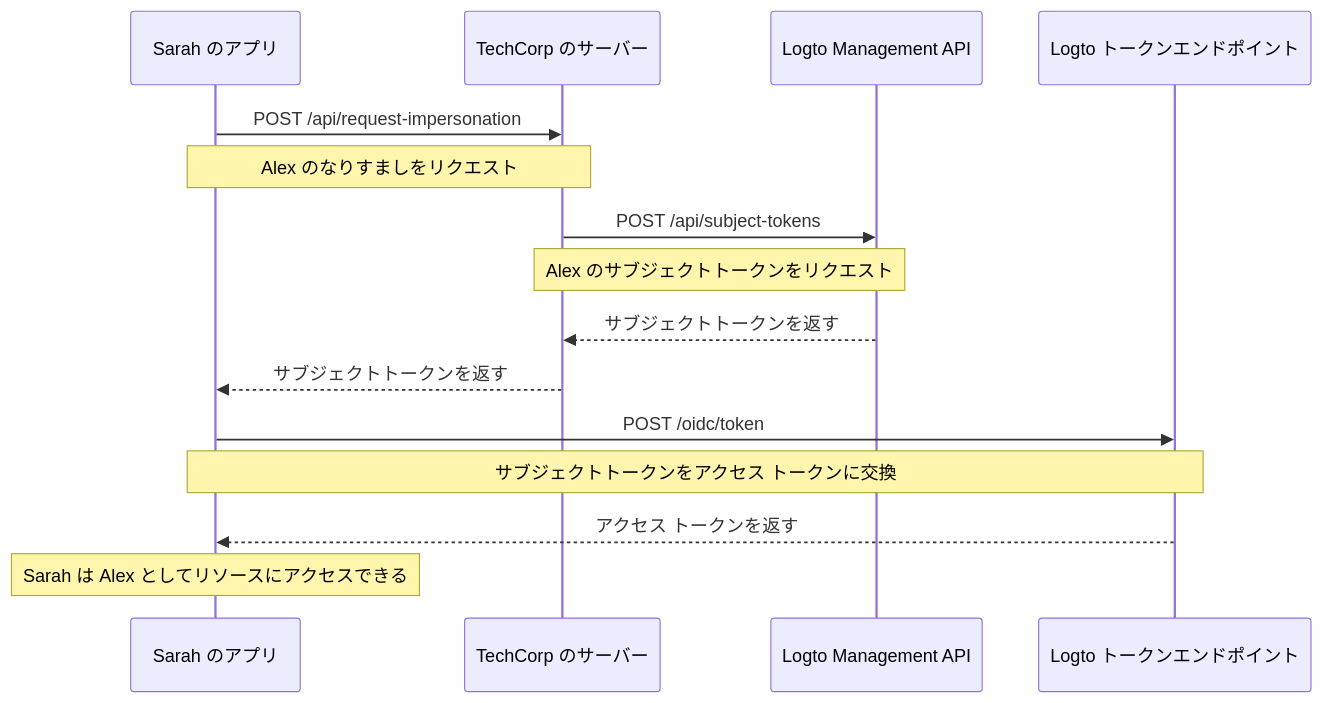
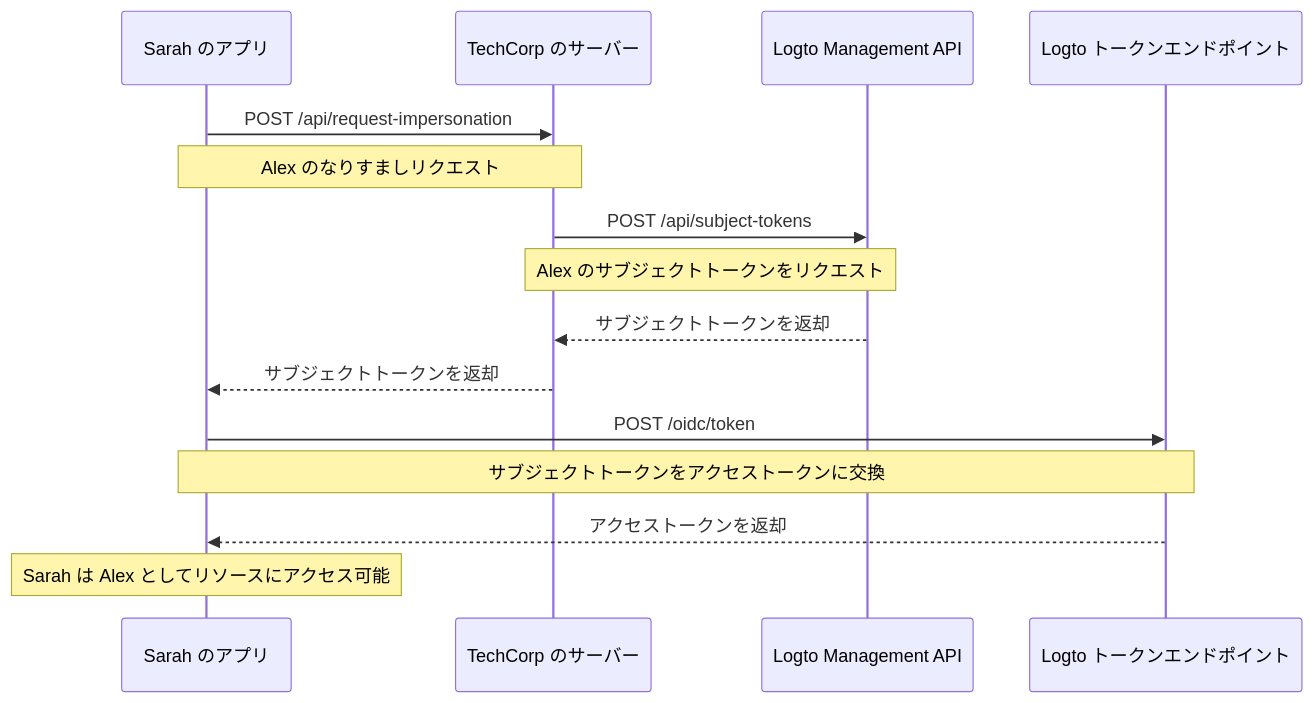
One commit to logto-io/docs changed the diagram in i18n/ja/docusaurus-plugin-content-docs/current/developers/user-impersonation.mdx. Above: the diagram before and after it, drawn with Mermaid. The commit also changed other lines of this file and 233 other files, not shown here.

````diff
--- a/i18n/ja/docusaurus-plugin-content-docs/current/developers/user-impersonation.mdx
+++ b/i18n/ja/docusaurus-plugin-content-docs/current/developers/user-impersonation.mdx
@@ -16,22 +16,22 @@
 ```mermaid
 sequenceDiagram
     participant Sarah as Sarah のアプリ
     participant TechCorp as TechCorp のサーバー
     participant Logto as Logto Management API
     participant LogtoToken as Logto トークンエンドポイント
 
     Sarah->>TechCorp: POST /api/request-impersonation
-    Note over Sarah,TechCorp: Alex のなりすましをリクエスト
+    Note over Sarah,TechCorp: Alex のなりすましリクエスト
 
     TechCorp->>Logto: POST /api/subject-tokens
     Note over TechCorp,Logto: Alex のサブジェクトトークンをリクエスト
 
-    Logto-->>TechCorp: サブジェクトトークンを返す
-    TechCorp-->>Sarah: サブジェクトトークンを返す
+    Logto-->>TechCorp: サブジェクトトークンを返却
+    TechCorp-->>Sarah: サブジェクトトークンを返却
 
     Sarah->>LogtoToken: POST /oidc/token
-    Note over Sarah,LogtoToken: サブジェクトトークンをアクセス トークンに交換
+    Note over Sarah,LogtoToken: サブジェクトトークンをアクセストークンに交換
 
-    LogtoToken-->>Sarah: アクセス トークンを返す
-    Note over Sarah: Sarah は Alex としてリソースにアクセスできる
+    LogtoToken-->>Sarah: アクセストークンを返却
+    Note over Sarah: Sarah は Alex としてリソースにアクセス可能
 ```
````
